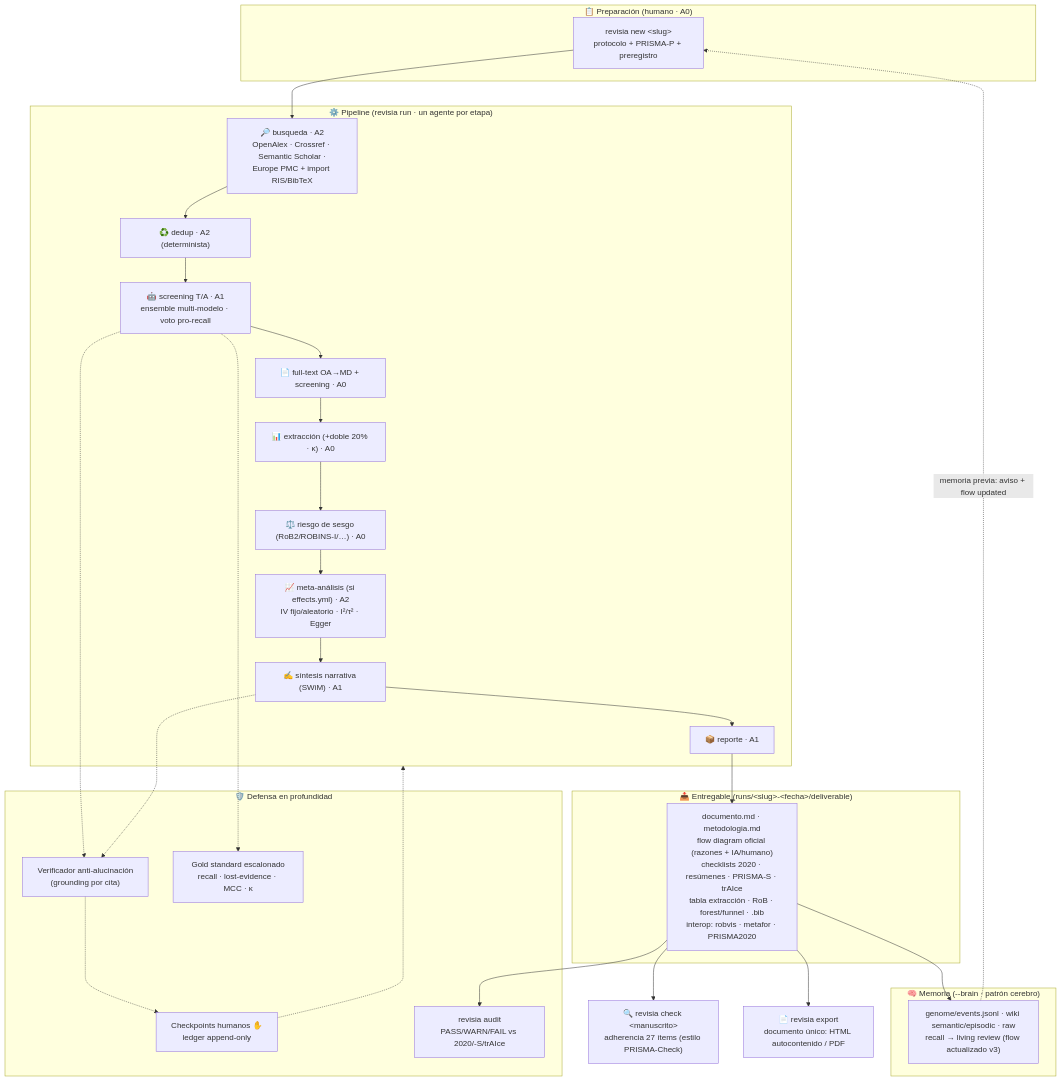
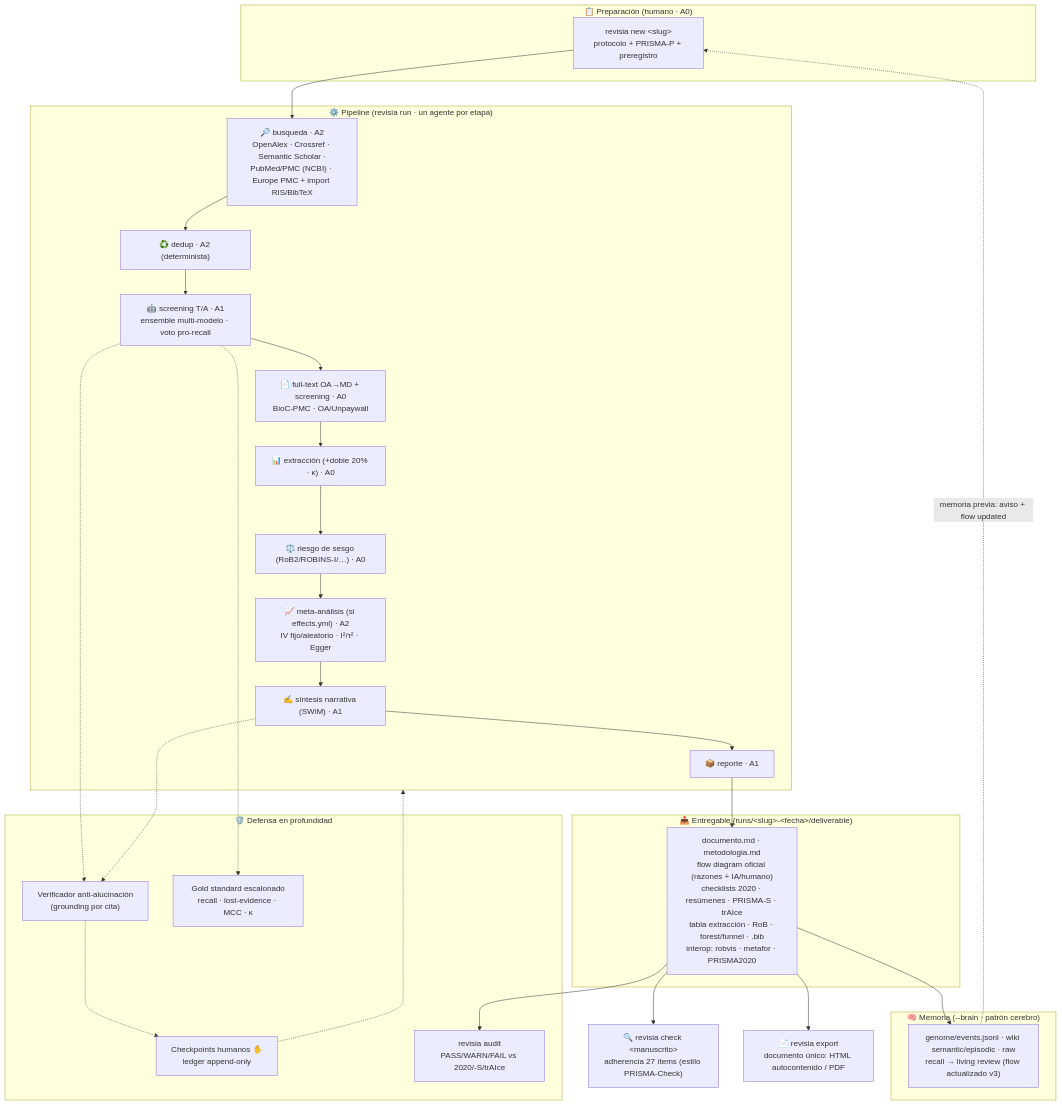
The diagram in docs/arquitectura.md (jhonmosquerav/revisia), drawn with Mermaid before and after one commit. The commit also changed 1 other file, not shown here.

Commit message:
docs: refleja PubMed/PMC (NCBI) + BioC-PMC en arquitectura.md y AGENTS.md
Completa la documentación de la integración: el diagrama de arquitectura y la
tabla del equipo de agentes ya listan PubMed/PMC vía NCBI en la búsqueda y
BioC-PMC como fuente de texto completo (antes solo README/integraciones/CHANGELOG).

````diff
--- a/docs/arquitectura.md
+++ b/docs/arquitectura.md
@@ -9,49 +9,49 @@
 ```mermaid
 flowchart TB
     subgraph PREP["📋 Preparación (humano · A0)"]
         NEW["revisia new &lt;slug&gt;<br/>protocolo + PRISMA-P + preregistro"]
     end
 
     subgraph PIPE["⚙️ Pipeline (revisia run · un agente por etapa)"]
-        BUS["🔎 busqueda · A2<br/>OpenAlex · Crossref · Semantic Scholar ·<br/>Europe PMC + import RIS/BibTeX"]
+        BUS["🔎 busqueda · A2<br/>OpenAlex · Crossref · Semantic Scholar ·<br/>PubMed/PMC (NCBI) · Europe PMC + import RIS/BibTeX"]
         DED["♻️ dedup · A2 (determinista)"]
         SCR["🤖 screening T/A · A1<br/>ensemble multi-modelo · voto pro-recall"]
-        FT["📄 full-text OA→MD + screening · A0"]
+        FT["📄 full-text OA→MD + screening · A0<br/>BioC-PMC · OA/Unpaywall"]
         EXT["📊 extracción (+doble 20% · κ) · A0"]
         ROB["⚖️ riesgo de sesgo (RoB2/ROBINS-I/…) · A0"]
         MA["📈 meta-análisis (si effects.yml) · A2<br/>IV fijo/aleatorio · I²/τ² · Egger"]
         SIN["✍️ síntesis narrativa (SWiM) · A1"]
         REP["📦 reporte · A1"]
     end
 
     subgraph GUARD["🛡️ Defensa en profundidad"]
         VER["Verificador anti-alucinación<br/>(grounding por cita)"]
         HITL["Checkpoints humanos ✋<br/>ledger append-only"]
         GOLD["Gold standard escalonado<br/>recall · lost-evidence · MCC · κ"]
         AUD["revisia audit<br/>PASS/WARN/FAIL vs 2020/-S/trAIce"]
     end
 
     subgraph OUT["📤 Entregable (runs/&lt;slug&gt;-&lt;fecha&gt;/deliverable)"]
         DEL["documento.md · metodologia.md<br/>flow diagram oficial (razones + IA/humano)<br/>checklists 2020 · resúmenes · PRISMA-S · trAIce<br/>tabla extracción · RoB · forest/funnel · .bib<br/>interop: robvis · metafor · PRISMA2020"]
     end
 
     subgraph MEM["🧠 Memoria (--brain · patrón cerebro)"]
         BRAIN["genome/events.jsonl · wiki semantic/episodic · raw<br/>recall → living review (flow actualizado v3)"]
     end
 
     CHECK["🔍 revisia check &lt;manuscrito&gt;<br/>adherencia 27 ítems (estilo PRISMA-Check)"]
 
     EXP["📄 revisia export<br/>documento único: HTML autocontenido / PDF"]
 
     NEW --> BUS --> DED --> SCR --> FT --> EXT --> ROB --> MA --> SIN --> REP --> DEL
     SCR -.-> VER
     SIN -.-> VER
     VER -.-> HITL
     SCR -.-> GOLD
     HITL -.-> PIPE
     DEL --> AUD
     DEL --> BRAIN
     BRAIN -. memoria previa: aviso + flow updated .-> NEW
     DEL --> CHECK
     DEL --> EXP
 ```
````
